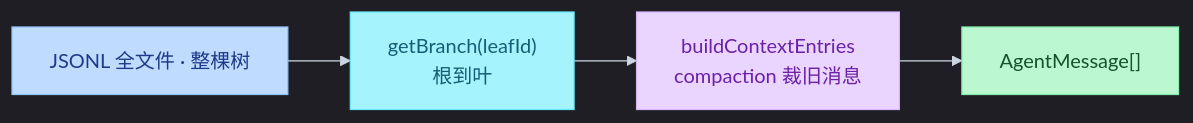
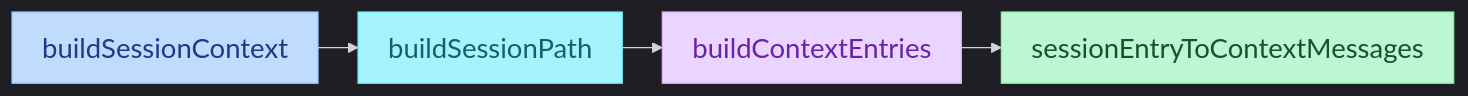
One commit to juliepy/AI-Engineer-from-scrach changed the third of 4 diagrams in 13-pi-agent/04-sessions.md. Above: the diagram before and after it, drawn with Mermaid. The commit also changed other lines of this file and 4 other files, not shown here.

Commit message:
Rewrite Pi sessions through Interactive notes around source call traces and three-layer diagrams.

````diff
--- a/13-pi-agent/04-sessions.md
+++ b/13-pi-agent/04-sessions.md
@@ -141,17 +124,17 @@
 ```mermaid
-%%{init: {"theme": "dark", "themeVariables": {"fontSize": "16px", "background": "#000000", "lineColor": "#CBD5E1", "clusterBkg": "#111111", "clusterBorder": "#C4B5FD", "titleColor": "#FDE68A", "edgeLabelBackground": "#111111"}}}%%
+%%{init: {"theme": "dark", "flowchart": {"curve": "linear", "rankSpacing": 32, "nodeSpacing": 24, "padding": 12, "useMaxWidth": false, "htmlLabels": true}, "themeVariables": {"fontSize": "22px", "background": "#000000", "lineColor": "#CBD5E1", "edgeLabelBackground": "#111111"}, "themeCSS": ".nodeLabel,.label,span{font-size:22px!important}"}}%%
 flowchart LR
-    FILE["JSONL 全文件 · 整棵树"] --> PATH["getBranch(leafId)<br/>根到叶"]
-    PATH --> CUT["buildContextEntries<br/>compaction 裁旧消息"]
-    CUT --> MSG["AgentMessage[]"]
+    CTX["buildSessionContext"] --> PATH["buildSessionPath"]
+    PATH --> CUT["buildContextEntries"]
+    CUT --> MSG["sessionEntryToContextMessages"]
 
-    classDef a fill:#BFDBFE,stroke:#93C5FD,color:#1E3A8A
-    classDef b fill:#A5F3FC,stroke:#67E8F9,color:#155E75
-    classDef c fill:#E9D5FF,stroke:#D8B4FE,color:#6B21A8
-    classDef d fill:#BBF7D0,stroke:#86EFAC,color:#14532D
+    classDef start fill:#BFDBFE,stroke:#93C5FD,color:#1E3A8A,font-size:22px
+    classDef step fill:#A5F3FC,stroke:#67E8F9,color:#155E75,font-size:22px
+    classDef prod fill:#E9D5FF,stroke:#D8B4FE,color:#6B21A8,font-size:22px
+    classDef ok fill:#BBF7D0,stroke:#86EFAC,color:#14532D,font-size:22px
 
-    class FILE a
-    class PATH b
-    class CUT c
-    class MSG d
+    class CTX start
+    class PATH step
+    class CUT prod
+    class MSG ok
 ```
````
